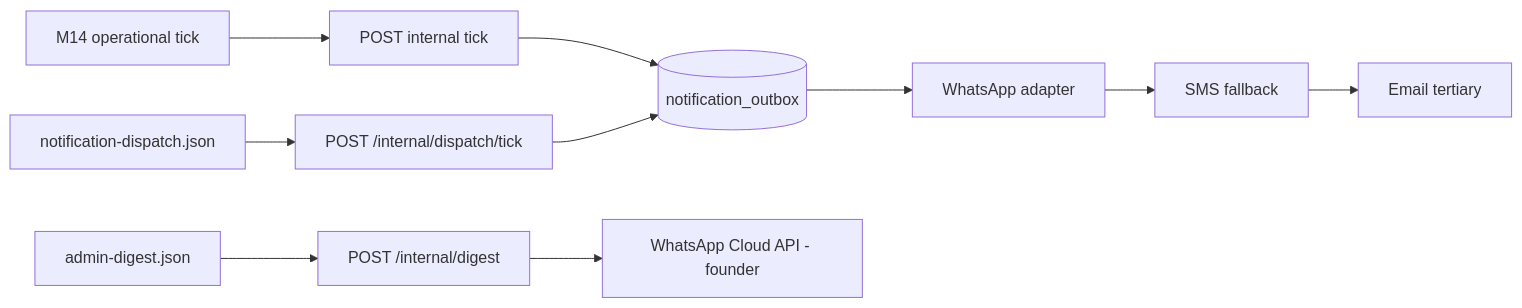
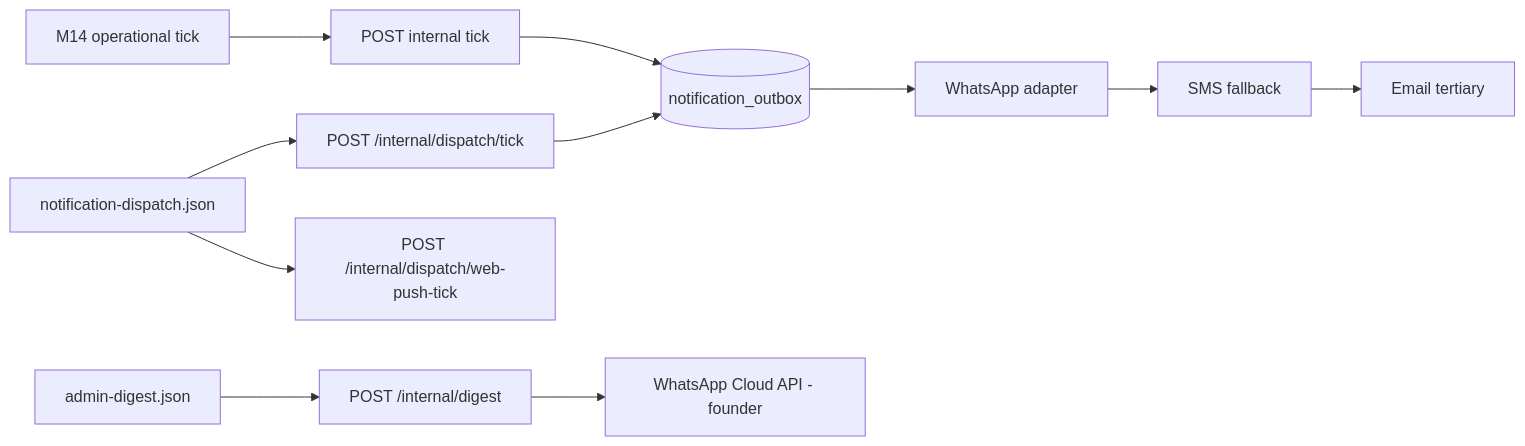
Before and after one commit to KaluMuso/Convergeo: the diagram in docs/ops/n8n-workflows.md, drawn with Mermaid. The commit also changed other lines of this file and 4 other files, not shown here.

First line of the commit message:
docs(notifications): web push sender design, founder steps, n8n tick, env names, db types

````diff
--- a/docs/ops/n8n-workflows.md
+++ b/docs/ops/n8n-workflows.md
@@ -156,12 +156,13 @@
 ```mermaid
 flowchart LR
   n8n_tick[M14 operational tick] --> api_enqueue[POST internal tick]
   api_enqueue --> outbox[(notification_outbox)]
   dispatch[notification-dispatch.json] --> api_dispatch[POST /internal/dispatch/tick]
+  dispatch --> api_web_push[POST /internal/dispatch/web-push-tick]
   api_dispatch --> outbox
   outbox --> wa[WhatsApp adapter]
   wa --> sms[SMS fallback]
   sms --> email[Email tertiary]
   digest[admin-digest.json] --> api_digest[POST /internal/digest]
   api_digest --> wa_direct[WhatsApp Cloud API - founder]
 ```
````
